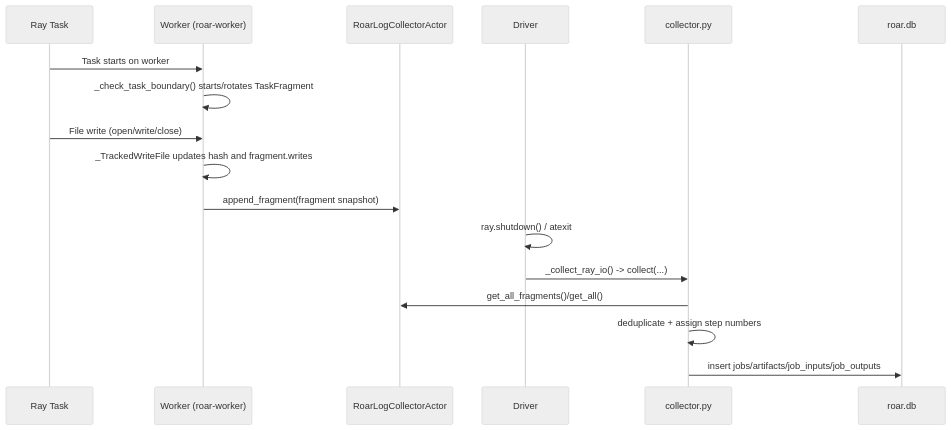
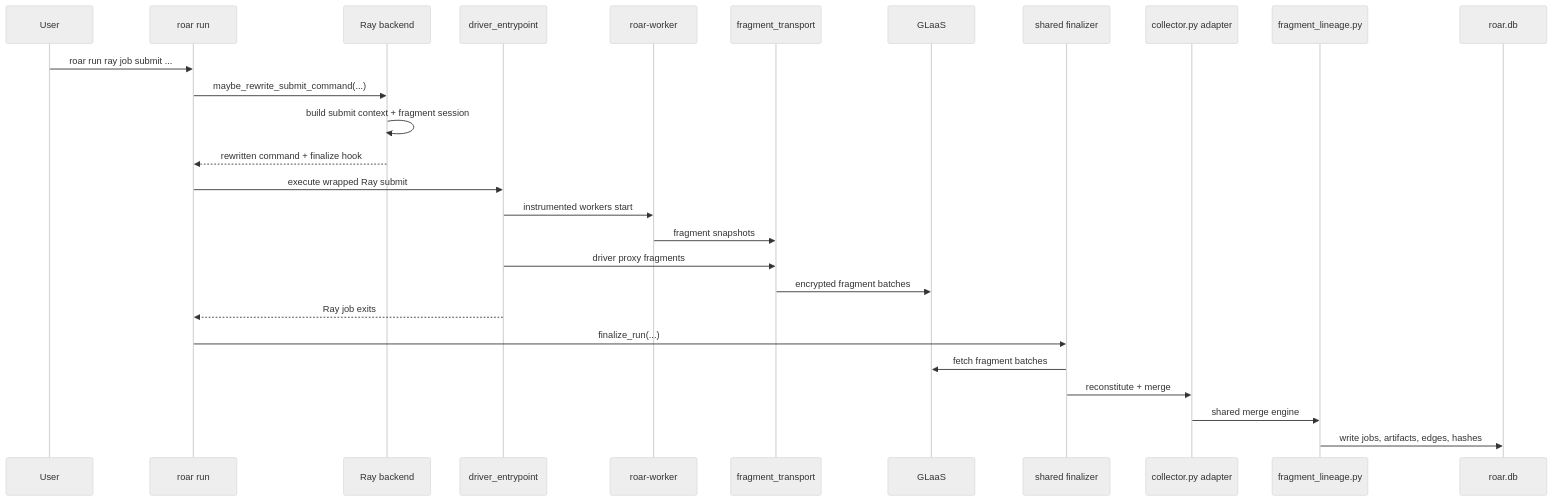
One commit to treqs/roar changed the second of 2 diagrams in docs/developer/ray-integration.md. Above: the diagram before and after it, drawn with Mermaid (neutral theme). The commit also changed other lines of this file and 83 other files, not shown here.

````diff
--- a/docs/developer/ray-integration.md
+++ b/docs/developer/ray-integration.md
@@ -129,20 +174,30 @@
 ```mermaid
 sequenceDiagram
-    participant T as Ray Task
-    participant W as Worker (roar-worker)
-    participant A as RoarLogCollectorActor
-    participant D as Driver
-    participant C as collector.py
+    participant U as User
+    participant R as roar run
+    participant S as Ray backend
+    participant D as driver_entrypoint
+    participant W as roar-worker
+    participant T as fragment_transport
+    participant G as GLaaS
+    participant F as shared finalizer
+    participant C as collector.py adapter
+    participant L as fragment_lineage.py
     participant DB as roar.db
 
-    T->>W: Task starts on worker
-    W->>W: _check_task_boundary() starts/rotates TaskFragment
-    T->>W: File write (open/write/close)
-    W->>W: _TrackedWriteFile updates hash and fragment.writes
-    W->>A: append_fragment(fragment snapshot)
-    D->>D: ray.shutdown() / atexit
-    D->>C: _collect_ray_io() -> collect(...)
-    C->>A: get_all_fragments()/get_all()
-    C->>C: deduplicate + assign step numbers
-    C->>DB: insert jobs/artifacts/job_inputs/job_outputs
+    U->>R: roar run ray job submit ...
+    R->>S: maybe_rewrite_submit_command(...)
+    S->>S: build submit context + fragment session
+    S-->>R: rewritten command + finalize hook
+    R->>D: execute wrapped Ray submit
+    D->>W: instrumented workers start
+    W->>T: fragment snapshots
+    D->>T: driver proxy fragments
+    T->>G: encrypted fragment batches
+    D-->>R: Ray job exits
+    R->>F: finalize_run(...)
+    F->>G: fetch fragment batches
+    F->>C: reconstitute + merge
+    C->>L: shared merge engine
+    L->>DB: write jobs, artifacts, edges, hashes
 ```
````
